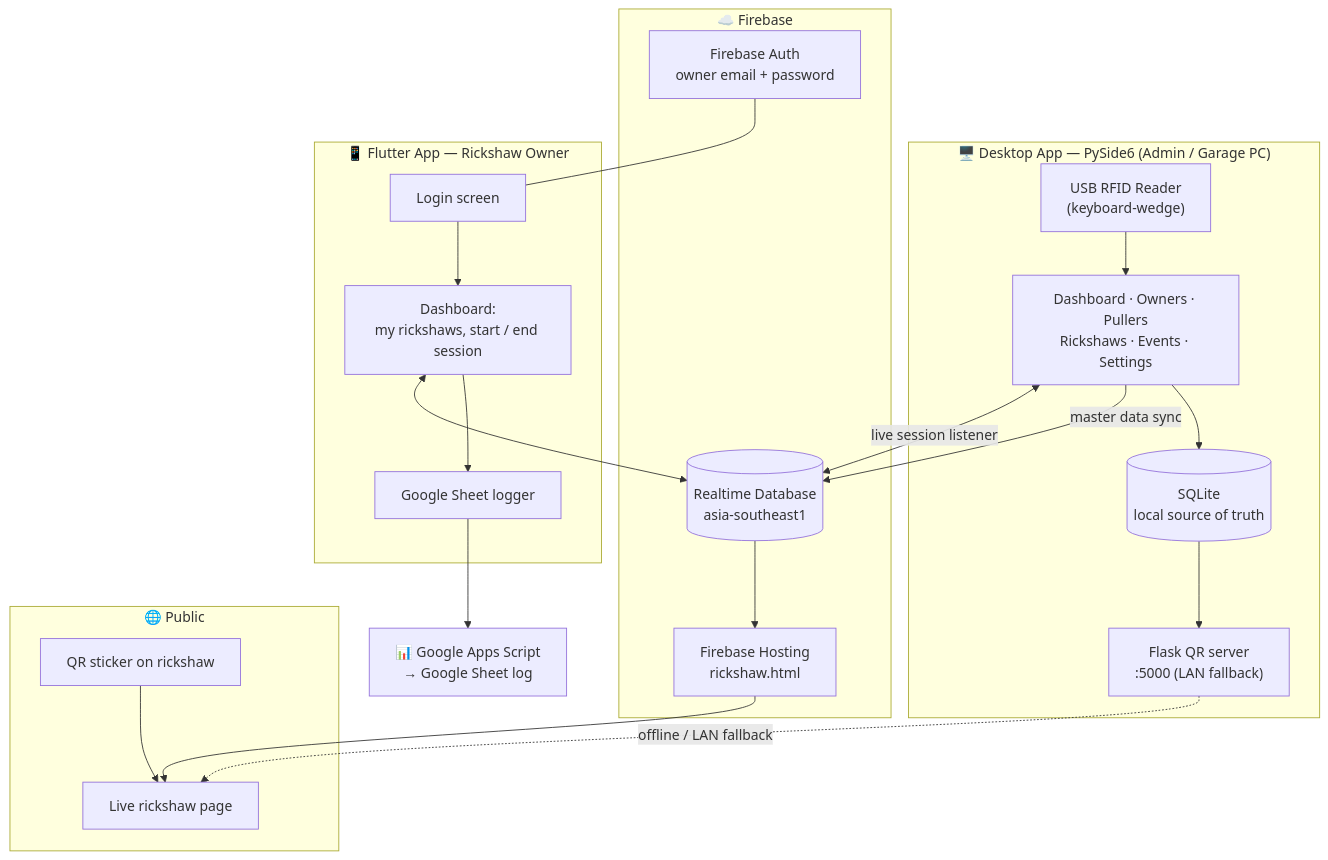
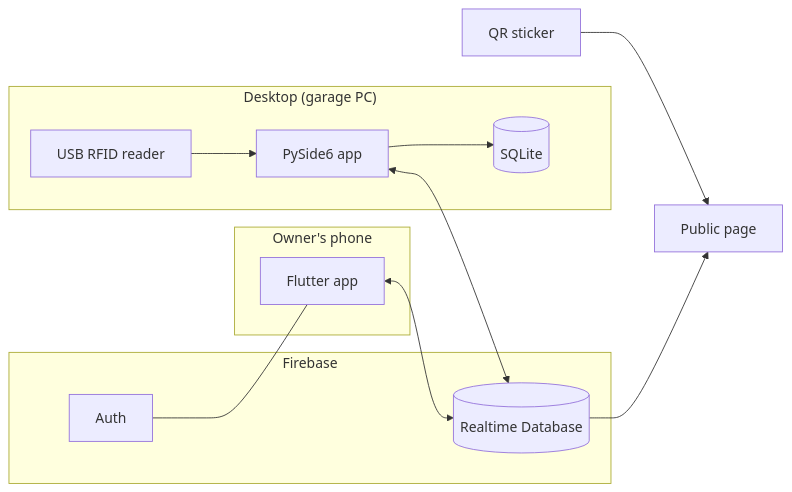
The diagram in README.md (thisisdibbo/rfid-rickshaw-system), drawn with Mermaid before and after one commit. The commit also changed other lines of this file, not shown here.

Commit message:
docs: fix author details and hosting URL

````diff
--- a/README.md
+++ b/README.md
@@ -78,38 +30,19 @@
 ```mermaid
-flowchart TB
-    subgraph Desktop["🖥️ Desktop App — PySide6 (Admin / Garage PC)"]
-        RFID["USB RFID Reader<br/>(keyboard-wedge)"]
-        UI["Dashboard · Owners · Pullers<br/>Rickshaws · Events · Settings"]
-        SQL[("SQLite<br/>local source of truth")]
-        FLASK["Flask QR server<br/>:5000 (LAN fallback)"]
-        RFID --> UI --> SQL
-        SQL --> FLASK
+flowchart LR
+    subgraph PC["Desktop (garage PC)"]
+        R["USB RFID reader"] --> APP["PySide6 app"]
+        APP --> DB[("SQLite")]
     end
-
-    subgraph Cloud["☁️ Firebase"]
-        AUTH["Firebase Auth<br/>owner email + password"]
-        RTDB[("Realtime Database<br/>asia-southeast1")]
-        HOST["Firebase Hosting<br/>rickshaw.html"]
+    subgraph FB["Firebase"]
+        RTDB[("Realtime Database")]
+        AUTH["Auth"]
     end
-
-    subgraph Mobile["📱 Flutter App — Rickshaw Owner"]
-        LOGIN["Login screen"]
-        DASH["Dashboard:<br/>my rickshaws, start / end session"]
-        SHEET["Google Sheet logger"]
-        LOGIN --> DASH --> SHEET
+    subgraph PH["Owner's phone"]
+        FL["Flutter app"]
     end
-
-    subgraph Public["🌐 Public"]
-        QR["QR sticker on rickshaw"]
-        PAGE["Live rickshaw page"]
-    end
-
-    UI -- "master data sync" --> RTDB
-    UI <-- "live session listener" --> RTDB
-    AUTH --- LOGIN
-    DASH <--> RTDB
-    RTDB --> HOST --> PAGE
-    QR --> PAGE
-    FLASK -. "offline / LAN fallback" .-> PAGE
-    SHEET --> GS["📊 Google Apps Script<br/>→ Google Sheet log"]
+    QR["QR sticker"] --> WEB["Public page"]
+    APP <--> RTDB
+    FL <--> RTDB
+    AUTH --- FL
+    RTDB --> WEB
 ```
````
